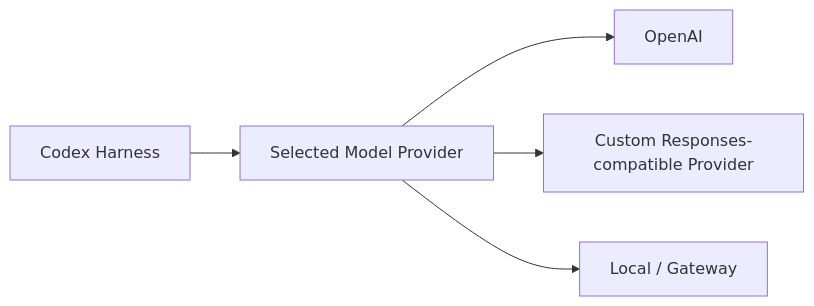
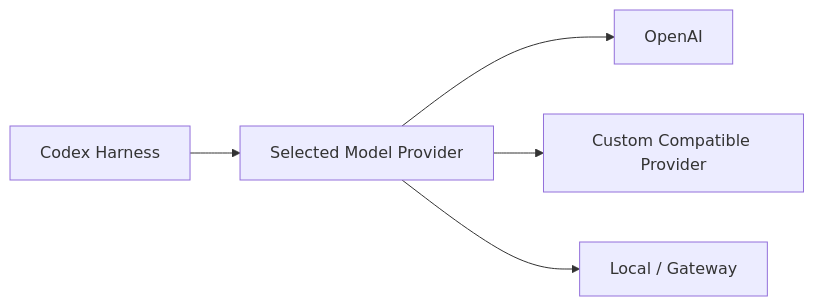
The third of 9 diagrams in docs/comparison/codex-vs-deepseek.md (indigofeather/harness-book), drawn with Mermaid before and after one commit. The commit also changed other lines of this file and 13 other files, not shown here.

````diff
--- a/docs/comparison/codex-vs-deepseek.md
+++ b/docs/comparison/codex-vs-deepseek.md
@@ -86,7 +84,7 @@
 ```mermaid
 flowchart LR
   C[Codex Harness] --> P[Selected Model Provider]
   P --> O[OpenAI]
-  P --> R[Custom Responses-compatible Provider]
+  P --> R[Custom Compatible Provider]
   P --> L[Local / Gateway]
 ```
````
